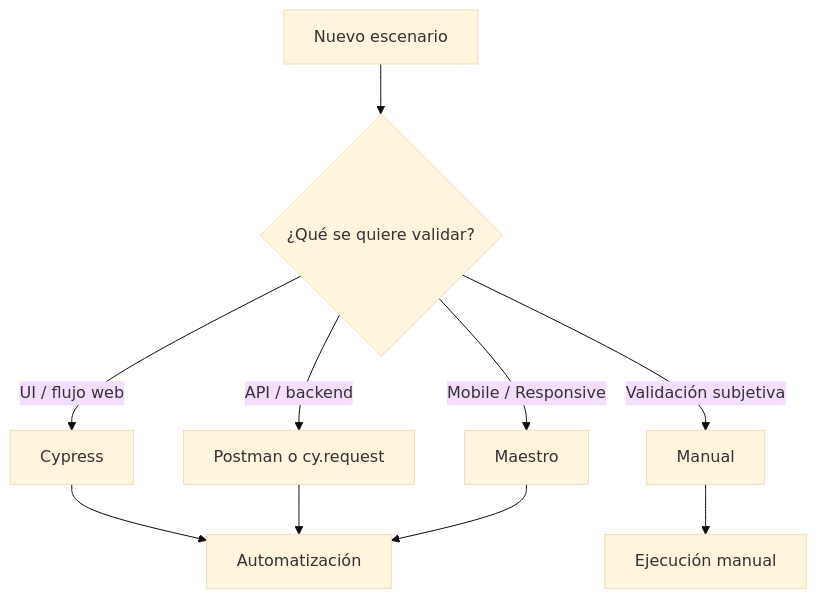
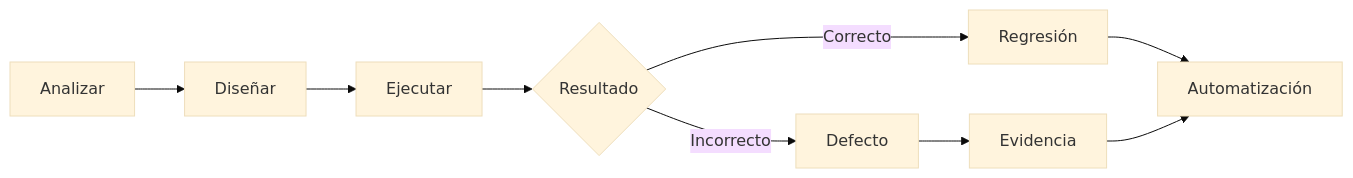
One commit to MichaelR21z/shady-meadows-bnb-automation changed the first of 4 diagrams in docs/test-strategy.md. Above: the diagram before and after it, drawn with Mermaid (base theme). The commit also changed other lines of this file, not shown here.

````diff
--- a/docs/test-strategy.md
+++ b/docs/test-strategy.md
@@ -38,14 +26,11 @@
 ```mermaid
-flowchart TD
-    A[Nuevo escenario] --> B{¿Qué se quiere validar?}
-
-    B -->|UI / flujo web| C[Cypress]
-    B -->|API / backend| D[Postman o cy.request]
-    B -->|Mobile / Responsive| E[Maestro]
-    B -->|Validación subjetiva| F[Manual]
-
-    C --> G[Automatización]
-    D --> G
-    E --> G
-    F --> H[Ejecución manual]
+flowchart LR
+    A[Analizar] --> B[Diseñar]
+    B --> C[Ejecutar]
+    C --> D{Resultado}
+    D -->|Correcto| E[Regresión]
+    D -->|Incorrecto| F[Defecto]
+    F --> G[Evidencia]
+    E --> H[Automatización]
+    G --> H
 ```
````
